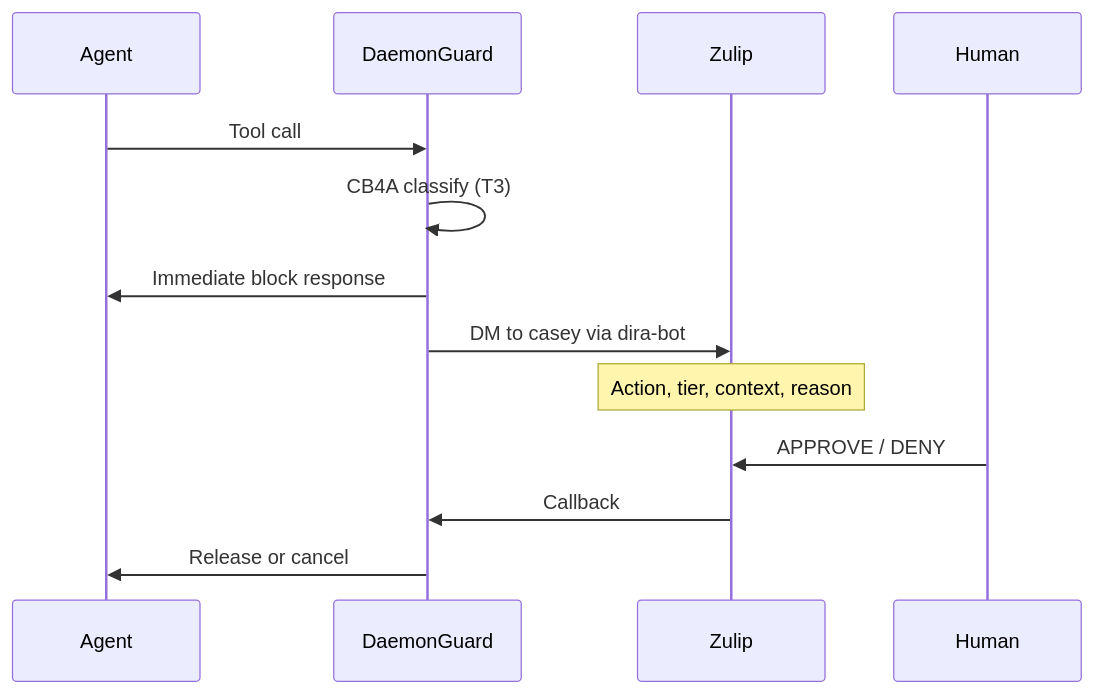
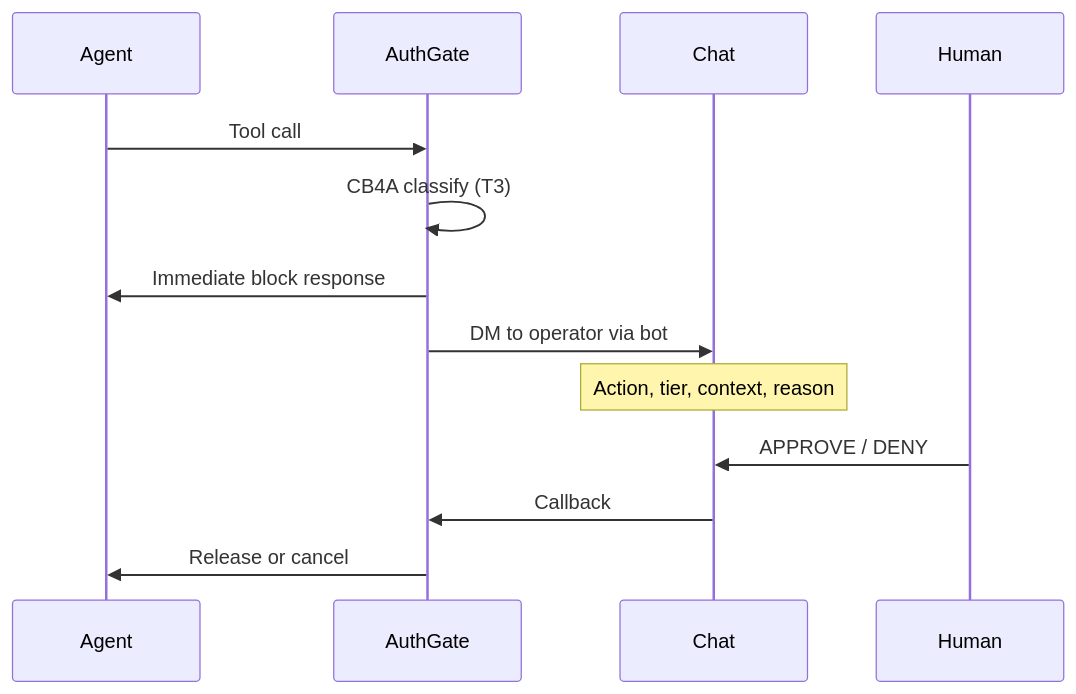
One commit to CyberdaemonAI/cyberdaemon-site changed the second of 3 diagrams in src/content/build-logs/cb4a-implementation.mdx. Above: the diagram before and after it, drawn with Mermaid. The commit also changed other lines of this file, not shown here.

````diff
--- a/src/content/build-logs/cb4a-implementation.mdx
+++ b/src/content/build-logs/cb4a-implementation.mdx
@@ -184,16 +186,16 @@
 ```mermaid
 sequenceDiagram
     participant Agent
-    participant DaemonGuard
-    participant Zulip
+    participant AuthGate
+    participant Chat
     participant Human
 
-    Agent->>DaemonGuard: Tool call
-    DaemonGuard->>DaemonGuard: CB4A classify (T3)
-    DaemonGuard->>Agent: Immediate block response
-    DaemonGuard->>Zulip: DM to casey via dira-bot
-    Note over Zulip: Action, tier, context, reason
-    Human->>Zulip: APPROVE / DENY
-    Zulip->>DaemonGuard: Callback
-    DaemonGuard->>Agent: Release or cancel
+    Agent->>AuthGate: Tool call
+    AuthGate->>AuthGate: CB4A classify (T3)
+    AuthGate->>Agent: Immediate block response
+    AuthGate->>Chat: DM to operator via bot
+    Note over Chat: Action, tier, context, reason
+    Human->>Chat: APPROVE / DENY
+    Chat->>AuthGate: Callback
+    AuthGate->>Agent: Release or cancel
 ```
````
